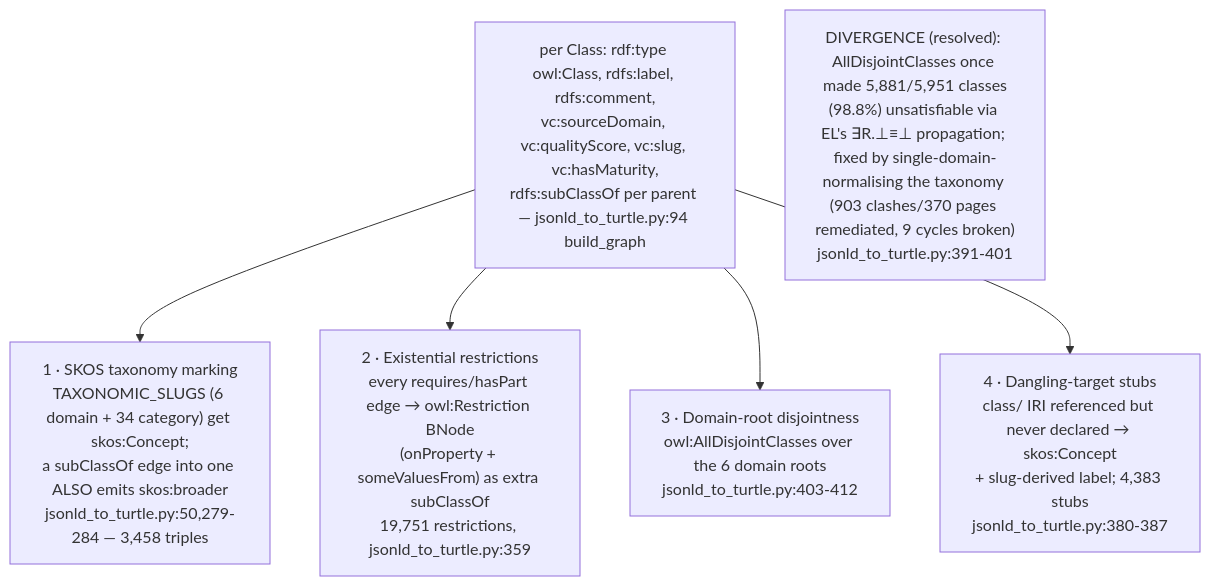
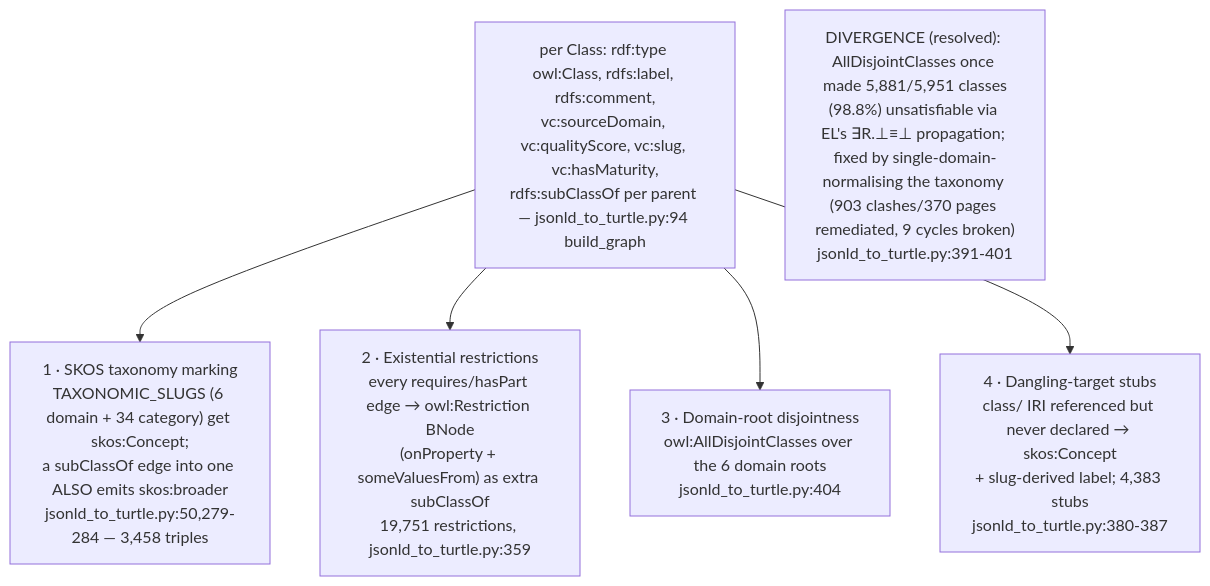
The third of 5 diagrams in docs/diagrams/knowledgegraph/03-ontology-architecture.md (DreamLab-AI/VisionFlow), drawn with Mermaid before and after one commit. The commit also changed other lines of this file and 185 other files, not shown here.

Commit message:
docs(estate): reconcile diagrams and ADRs with source and define closeout sprint

````diff
--- a/docs/diagrams/knowledgegraph/03-ontology-architecture.md
+++ b/docs/diagrams/knowledgegraph/03-ontology-architecture.md
@@ -57,13 +59,13 @@
 ```mermaid
 flowchart TB
     CLS["per Class: rdf:type owl:Class, rdfs:label, rdfs:comment,<br/>vc:sourceDomain, vc:qualityScore, vc:slug, vc:hasMaturity,<br/>rdfs:subClassOf per parent — jsonld_to_turtle.py:94 build_graph"]
     SKOS["1 · SKOS taxonomy marking<br/>TAXONOMIC_SLUGS #40;6 domain + 34 category#41; get skos:Concept;<br/>a subClassOf edge into one ALSO emits skos:broader<br/>jsonld_to_turtle.py:50,279-284 — 3,458 triples"]
     EXIST["2 · Existential restrictions<br/>every requires/hasPart edge → owl:Restriction BNode<br/>#40;onProperty + someValuesFrom#41; as extra subClassOf<br/>19,751 restrictions, jsonld_to_turtle.py:359"]
-    DISJ["3 · Domain-root disjointness<br/>owl:AllDisjointClasses over the 6 domain roots<br/>jsonld_to_turtle.py:403-412"]
+    DISJ["3 · Domain-root disjointness<br/>owl:AllDisjointClasses over the 6 domain roots<br/>jsonld_to_turtle.py:404"]
     STUB["4 · Dangling-target stubs<br/>class/ IRI referenced but never declared → skos:Concept<br/>+ slug-derived label; 4,383 stubs<br/>jsonld_to_turtle.py:380-387"]
     CLS --> SKOS
     CLS --> EXIST
     CLS --> DISJ
     CLS --> STUB
     note1["DIVERGENCE #40;resolved#41;: AllDisjointClasses once made 5,881/5,951 classes<br/>#40;98.8%#41; unsatisfiable via EL's ∃R.⊥≡⊥ propagation; fixed by single-domain-<br/>normalising the taxonomy #40;903 clashes/370 pages remediated, 9 cycles broken#41;<br/>jsonld_to_turtle.py:391-401"]
 ```
````
